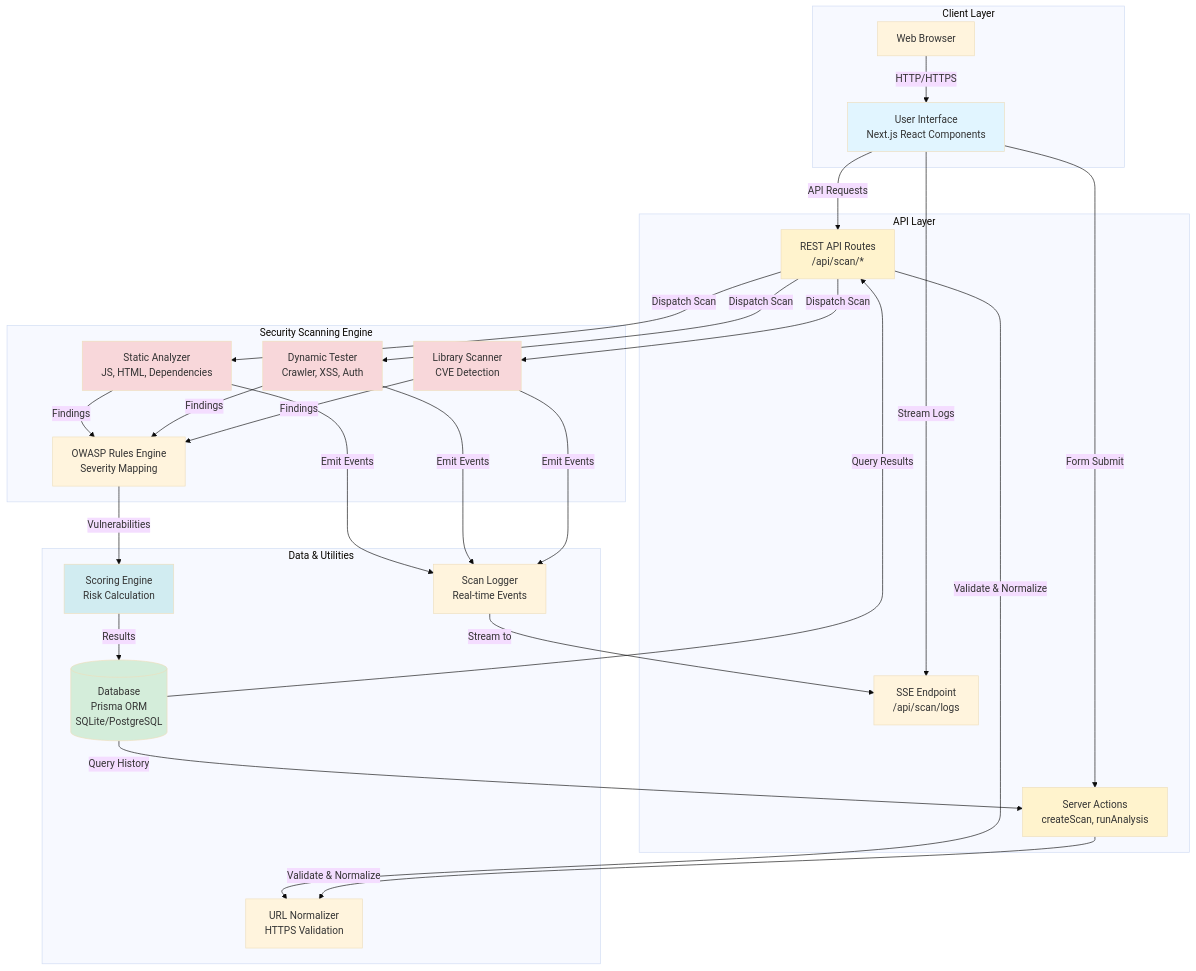
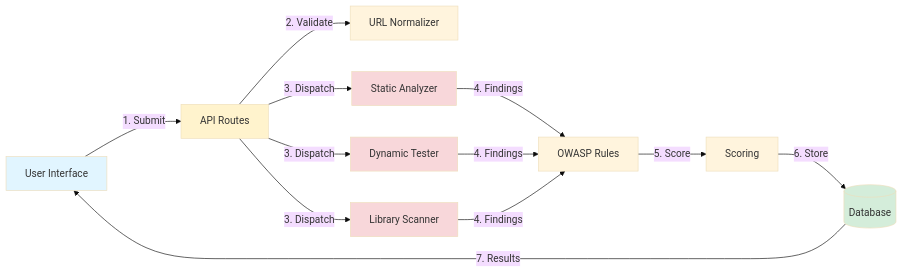
One commit to Pranavraut033/WebSecScan changed the second of 12 diagrams in docs/architecture.md. Above: the diagram before and after it, drawn with Mermaid (base theme). The commit also changed other lines of this file, not shown here.

First line of the commit message:
Refactor architecture documentation for WebSecScan

````diff
--- a/docs/architecture.md
+++ b/docs/architecture.md
@@ -13,63 +35,31 @@
 ```mermaid
-graph TB
-    subgraph "Client Layer"
-        UI[User Interface<br/>Next.js React Components]
-        Browser[Web Browser]
-    end
+graph LR
+    UI[User Interface]
+    API[API Routes]
+    Norm[URL Normalizer]
+    Static[Static Analyzer]
+    Dynamic[Dynamic Tester]
+    Lib[Library Scanner]
+    Rules[OWASP Rules]
+    Score[Scoring]
+    DB[(Database)]
     
-    subgraph "API Layer"
-        REST[REST API Routes<br/>/api/scan/*]
-        SA[Server Actions<br/>createScan, runAnalysis]
-        SSE[SSE Endpoint<br/>/api/scan/logs]
-    end
-    
-    subgraph "Security Scanning Engine"
-        Static[Static Analyzer<br/>JS, HTML, Dependencies]
-        Dynamic[Dynamic Tester<br/>Crawler, XSS, Auth]
-        Library[Library Scanner<br/>CVE Detection]
-        Rules[OWASP Rules Engine<br/>Severity Mapping]
-    end
-    
-    subgraph "Data & Utilities"
-        DB[(Database<br/>Prisma ORM<br/>SQLite/PostgreSQL)]
-        Logger[Scan Logger<br/>Real-time Events]
-        Scoring[Scoring Engine<br/>Risk Calculation]
-        URL[URL Normalizer<br/>HTTPS Validation]
-    end
-    
-    Browser -->|HTTP/HTTPS| UI
-    UI -->|API Requests| REST
-    UI -->|Form Submit| SA
-    UI -->|Stream Logs| SSE
-    
-    REST -->|Validate & Normalize| URL
-    SA -->|Validate & Normalize| URL
-    REST -->|Dispatch Scan| Static
-    REST -->|Dispatch Scan| Dynamic
-    REST -->|Dispatch Scan| Library
-    
-    Static -->|Emit Events| Logger
-    Dynamic -->|Emit Events| Logger
-    Library -->|Emit Events| Logger
-    
-    Logger -->|Stream to| SSE
-    
-    Static -->|Findings| Rules
-    Dynamic -->|Findings| Rules
-    Library -->|Findings| Rules
-    
-    Rules -->|Vulnerabilities| Scoring
-    Scoring -->|Results| DB
-    
-    DB -->|Query Results| REST
-    DB -->|Query History| SA
+    UI -->|1. Submit| API
+    API -->|2. Validate| Norm
+    API -->|3. Dispatch| Static
+    API -->|3. Dispatch| Dynamic
+    API -->|3. Dispatch| Lib
+    Static -->|4. Findings| Rules
+    Dynamic -->|4. Findings| Rules
+    Lib -->|4. Findings| Rules
+    Rules -->|5. Score| Score
+    Score -->|6. Store| DB
+    DB -->|7. Results| UI
     
     style UI fill:#e1f5ff
-    style REST fill:#fff3cd
-    style SA fill:#fff3cd
+    style API fill:#fff3cd
     style Static fill:#f8d7da
     style Dynamic fill:#f8d7da
-    style Library fill:#f8d7da
+    style Lib fill:#f8d7da
     style DB fill:#d4edda
-    style Scoring fill:#d1ecf1
 ```
````
